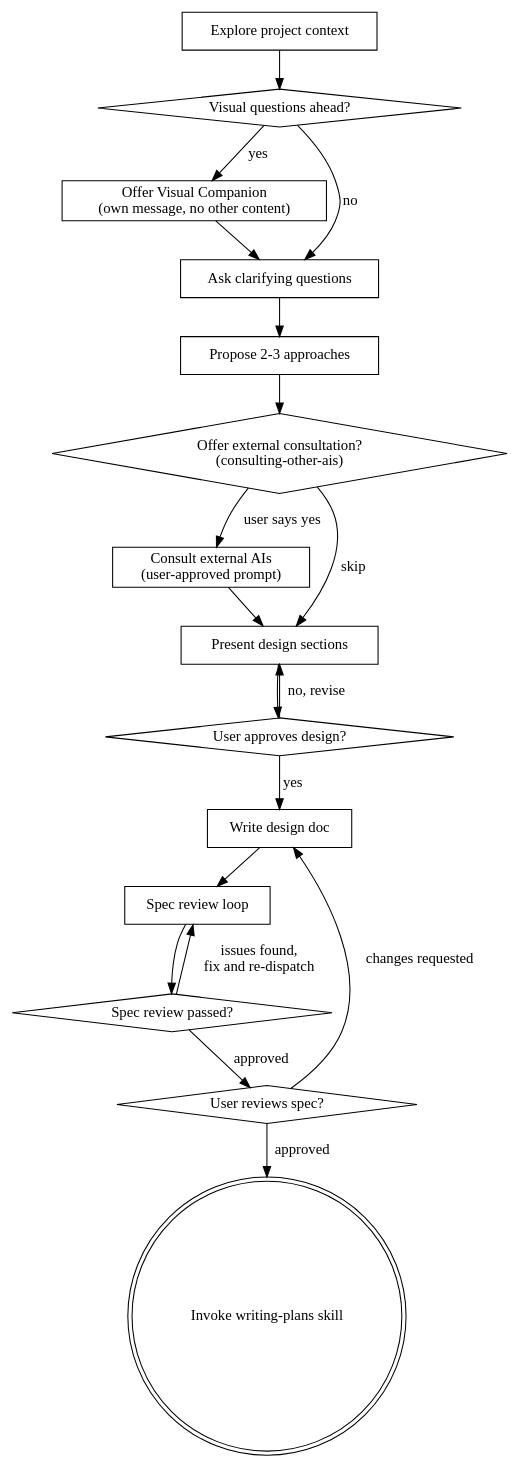
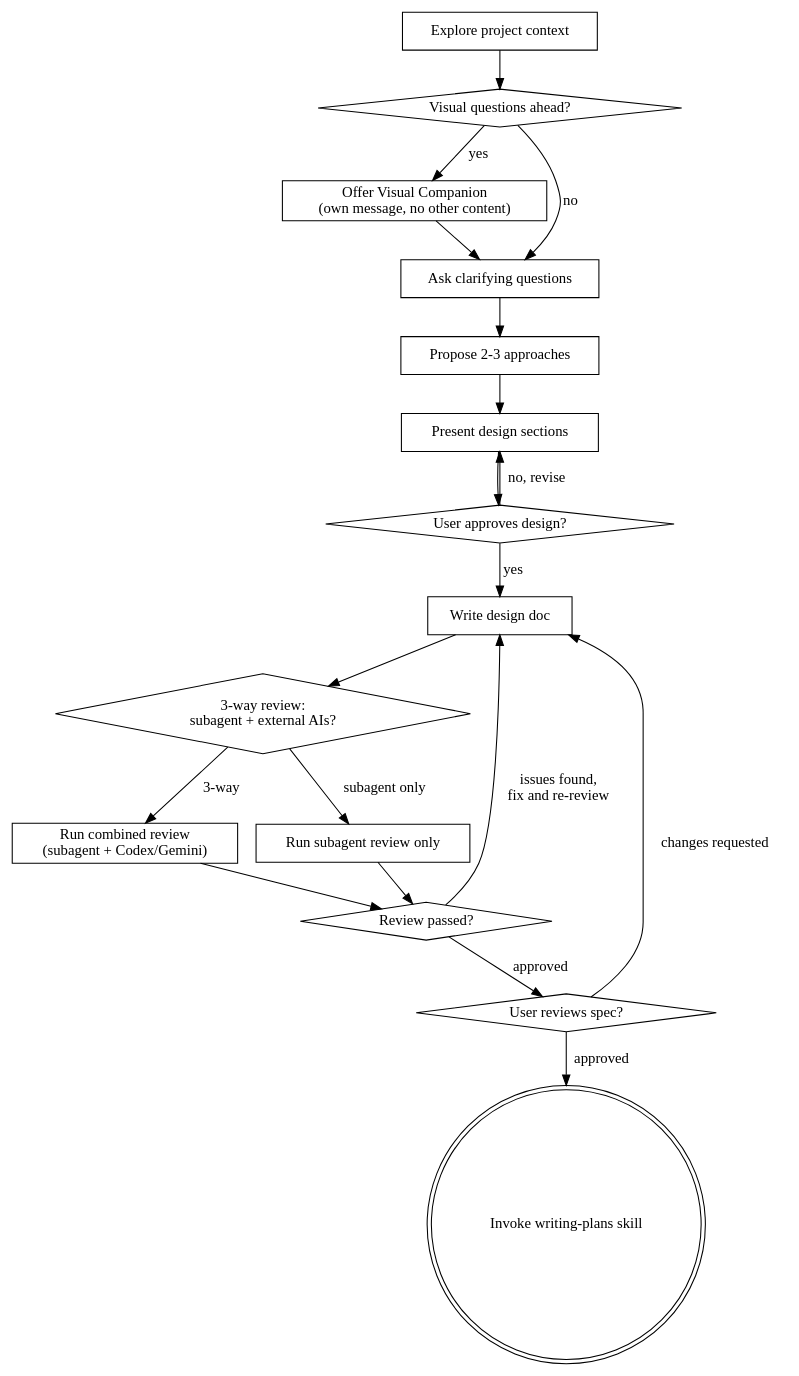
The diagram in skills/brainstorming/SKILL.md (DejaVu-Cyber/superpowers-consulted), drawn with Graphviz before and after one commit. The commit also changed other lines of this file and 5 other files, not shown here.

First line of the commit message:
feat: fold external AI consultation into review loops as 3-way review

````diff
--- a/skills/brainstorming/SKILL.md
+++ b/skills/brainstorming/SKILL.md
@@ -37,37 +36,37 @@
 ```dot
 digraph brainstorming {
     "Explore project context" [shape=box];
     "Visual questions ahead?" [shape=diamond];
     "Offer Visual Companion\n(own message, no other content)" [shape=box];
     "Ask clarifying questions" [shape=box];
     "Propose 2-3 approaches" [shape=box];
-    "Offer external consultation?\n(consulting-other-ais)" [shape=diamond];
-    "Consult external AIs\n(user-approved prompt)" [shape=box];
     "Present design sections" [shape=box];
     "User approves design?" [shape=diamond];
     "Write design doc" [shape=box];
-    "Spec review loop" [shape=box];
-    "Spec review passed?" [shape=diamond];
+    "3-way review:\nsubagent + external AIs?" [shape=diamond];
+    "Run combined review\n(subagent + Codex/Gemini)" [shape=box];
+    "Run subagent review only" [shape=box];
+    "Review passed?" [shape=diamond];
     "User reviews spec?" [shape=diamond];
     "Invoke writing-plans skill" [shape=doublecircle];
 
     "Explore project context" -> "Visual questions ahead?";
     "Visual questions ahead?" -> "Offer Visual Companion\n(own message, no other content)" [label="yes"];
     "Visual questions ahead?" -> "Ask clarifying questions" [label="no"];
     "Offer Visual Companion\n(own message, no other content)" -> "Ask clarifying questions";
     "Ask clarifying questions" -> "Propose 2-3 approaches";
-    "Propose 2-3 approaches" -> "Offer external consultation?\n(consulting-other-ais)";
-    "Offer external consultation?\n(consulting-other-ais)" -> "Consult external AIs\n(user-approved prompt)" [label="user says yes"];
-    "Offer external consultation?\n(consulting-other-ais)" -> "Present design sections" [label="skip"];
-    "Consult external AIs\n(user-approved prompt)" -> "Present design sections";
+    "Propose 2-3 approaches" -> "Present design sections";
     "Present design sections" -> "User approves design?";
     "User approves design?" -> "Present design sections" [label="no, revise"];
     "User approves design?" -> "Write design doc" [label="yes"];
-    "Write design doc" -> "Spec review loop";
-    "Spec review loop" -> "Spec review passed?";
-    "Spec review passed?" -> "Spec review loop" [label="issues found,\nfix and re-dispatch"];
-    "Spec review passed?" -> "User reviews spec?" [label="approved"];
+    "Write design doc" -> "3-way review:\nsubagent + external AIs?";
+    "3-way review:\nsubagent + external AIs?" -> "Run combined review\n(subagent + Codex/Gemini)" [label="3-way"];
+    "3-way review:\nsubagent + external AIs?" -> "Run subagent review only" [label="subagent only"];
+    "Run combined review\n(subagent + Codex/Gemini)" -> "Review passed?";
+    "Run subagent review only" -> "Review passed?";
+    "Review passed?" -> "Write design doc" [label="issues found,\nfix and re-review"];
+    "Review passed?" -> "User reviews spec?" [label="approved"];
     "User reviews spec?" -> "Write design doc" [label="changes requested"];
     "User reviews spec?" -> "Invoke writing-plans skill" [label="approved"];
 }
 ```
````
